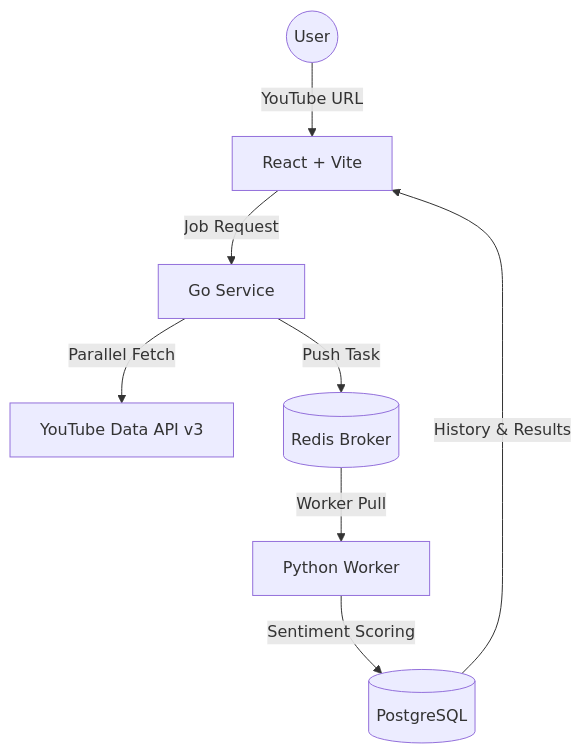
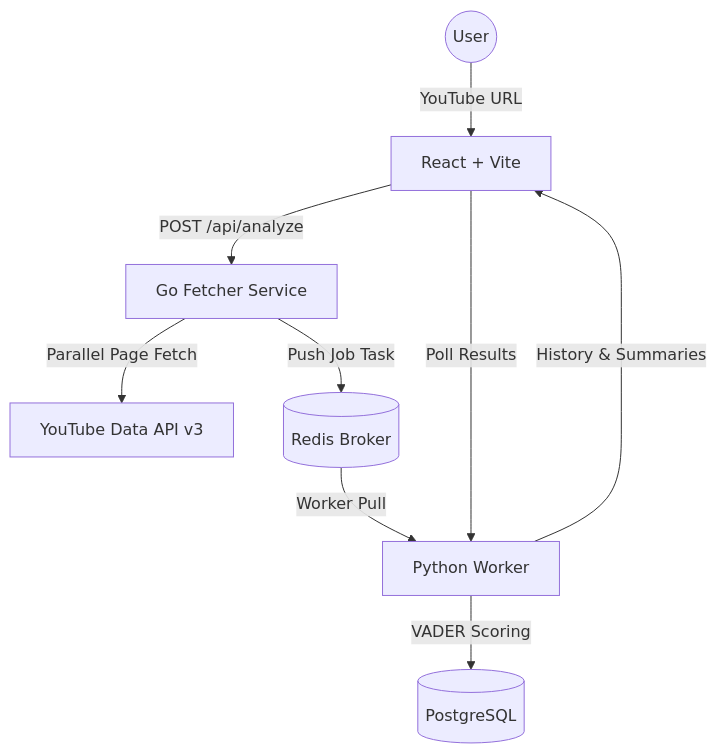
The diagram in README.md (DaffMe/NeuroTube), drawn with Mermaid before and after one commit. The commit also changed other lines of this file and 5 other files, not shown here.

````diff
--- a/README.md
+++ b/README.md
@@ -53,10 +74,11 @@
 ```mermaid
 graph TD
     User((User)) -->|YouTube URL| Frontend[React + Vite]
-    Frontend -->|Job Request| Fetcher[Go Service]
-    Fetcher -->|Parallel Fetch| YT_API[YouTube Data API v3]
-    Fetcher -->|Push Task| Redis[(Redis Broker)]
+    Frontend -->|POST /api/analyze| Fetcher[Go Fetcher Service]
+    Fetcher -->|Parallel Page Fetch| YT_API[YouTube Data API v3]
+    Fetcher -->|Push Job Task| Redis[(Redis Broker)]
     Redis -->|Worker Pull| MLEngine[Python Worker]
-    MLEngine -->|Sentiment Scoring| DB[(PostgreSQL)]
-    DB -->|History & Results| Frontend
+    MLEngine -->|VADER Scoring| DB[(PostgreSQL)]
+    Frontend -->|Poll Results| MLEngine
+    MLEngine -->|History & Summaries| Frontend
 ```
````
